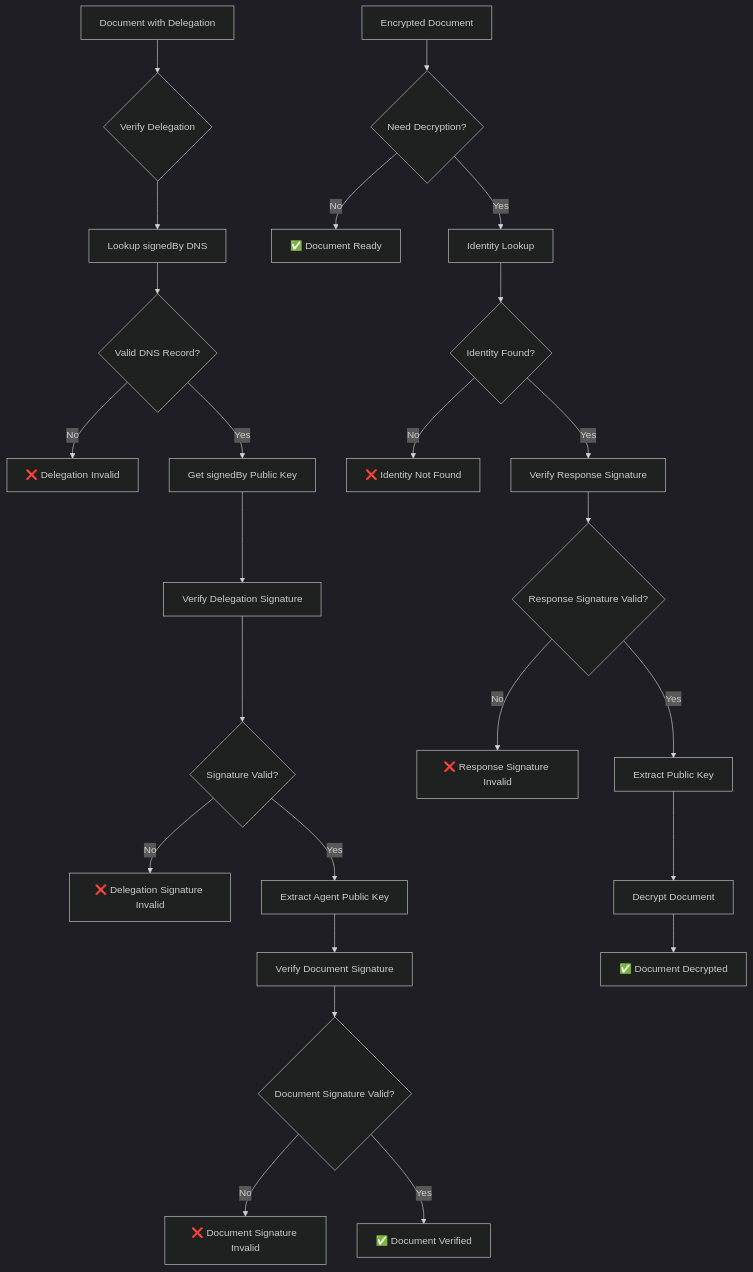
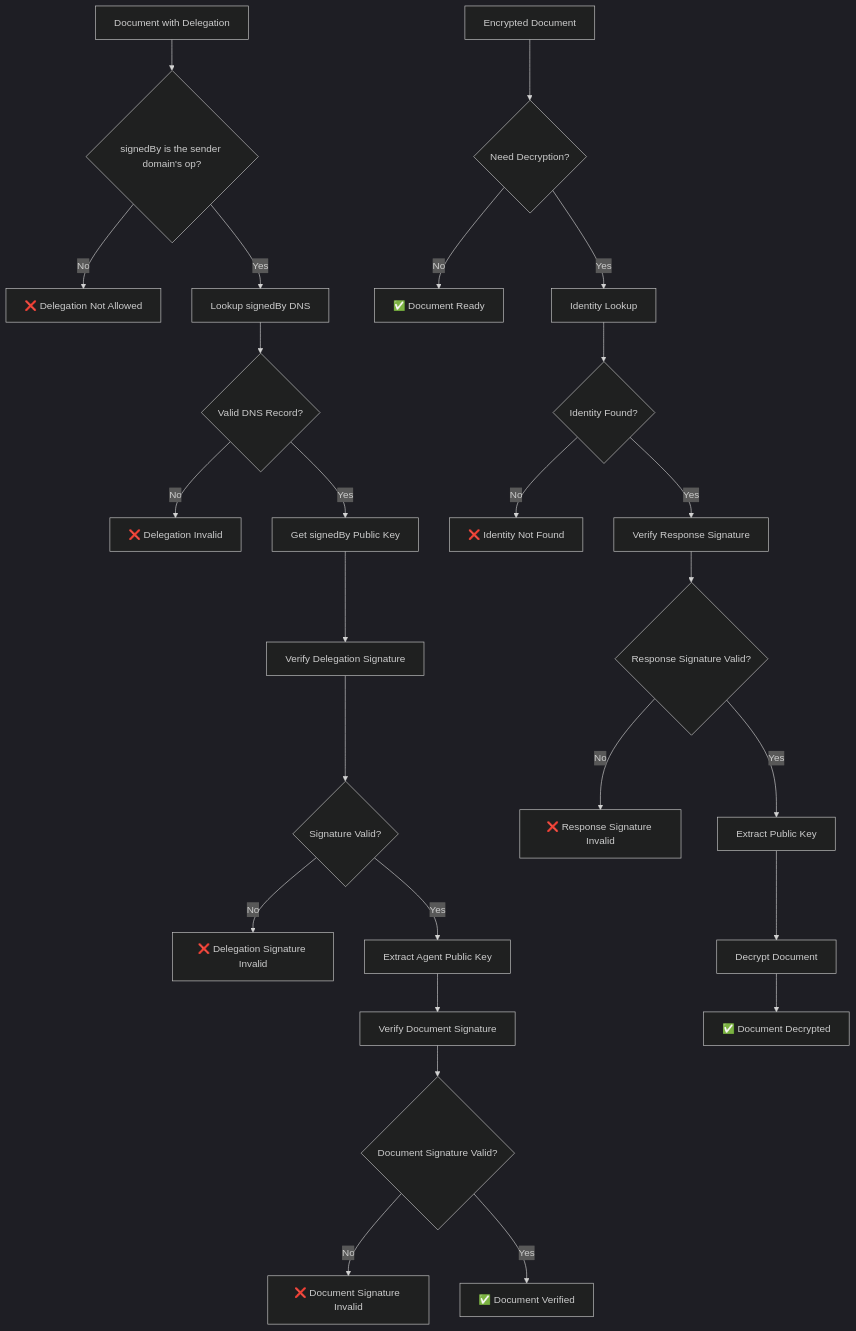
The third of 3 diagrams in docs/docusaurus/docs/protocol/identityRecord.md (openbtps/btps-node), drawn with Mermaid (dark theme) before and after one commit. The commit also changed other lines of this file and 19 other files, not shown here.

````diff
--- a/docs/docusaurus/docs/protocol/identityRecord.md
+++ b/docs/docusaurus/docs/protocol/identityRecord.md
@@ -111,28 +111,29 @@
 ```mermaid
 flowchart TD
-    A[Document with Delegation] --> B{Verify Delegation}
-    B --> C[Lookup signedBy DNS]
+    A[Document with Delegation] --> B{signedBy is the sender domain's op?}
+    B -->|No| E2[❌ Delegation Not Allowed]
+    B -->|Yes| C[Lookup signedBy DNS]
     C --> D{Valid DNS Record?}
     D -->|No| E[❌ Delegation Invalid]
     D -->|Yes| F[Get signedBy Public Key]
     F --> G[Verify Delegation Signature]
     G --> H{Signature Valid?}
     H -->|No| I[❌ Delegation Signature Invalid]
     H -->|Yes| J[Extract Agent Public Key]
     J --> K[Verify Document Signature]
     K --> L{Document Signature Valid?}
     L -->|No| M[❌ Document Signature Invalid]
     L -->|Yes| N[✅ Document Verified]
 
     O[Encrypted Document] --> P{Need Decryption?}
     P -->|No| Q[✅ Document Ready]
     P -->|Yes| R[Identity Lookup]
     R --> S{Identity Found?}
     S -->|No| T[❌ Identity Not Found]
     S -->|Yes| U[Verify Response Signature]
     U --> V{Response Signature Valid?}
     V -->|No| W[❌ Response Signature Invalid]
     V -->|Yes| X[Extract Public Key]
     X --> Y[Decrypt Document]
     Y --> Z[✅ Document Decrypted]
 ```
````
